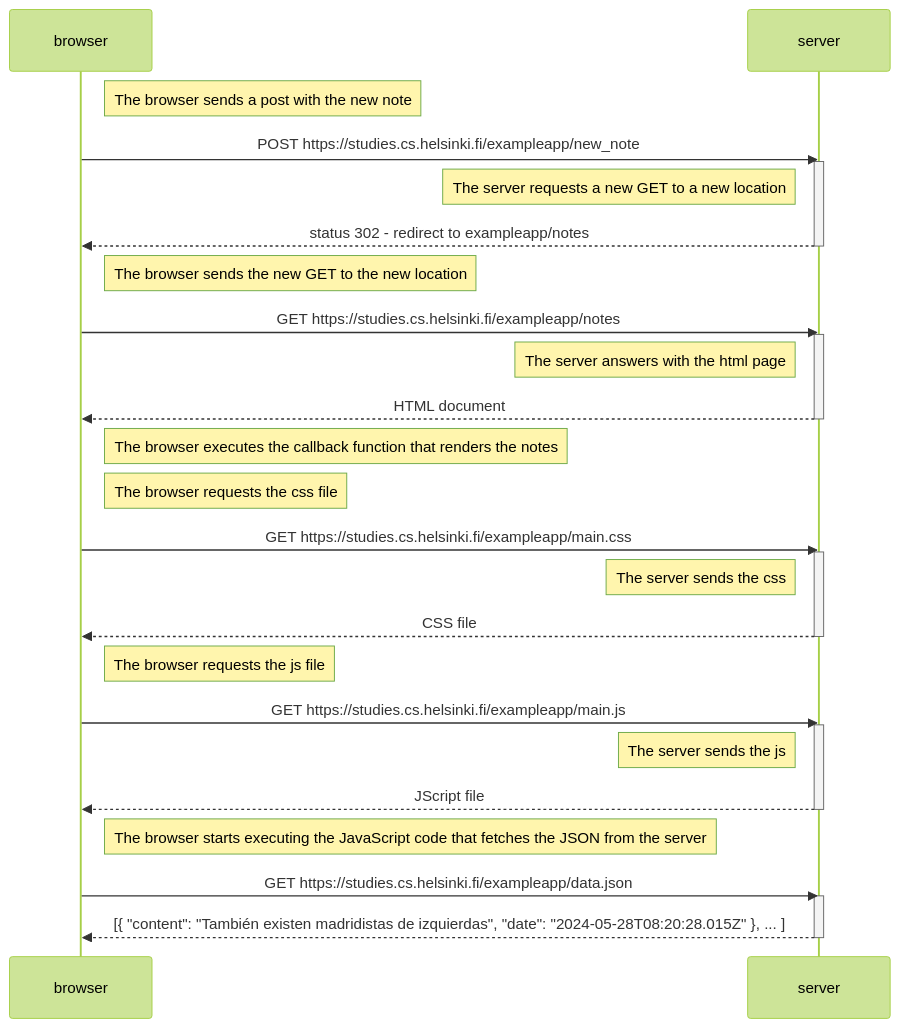
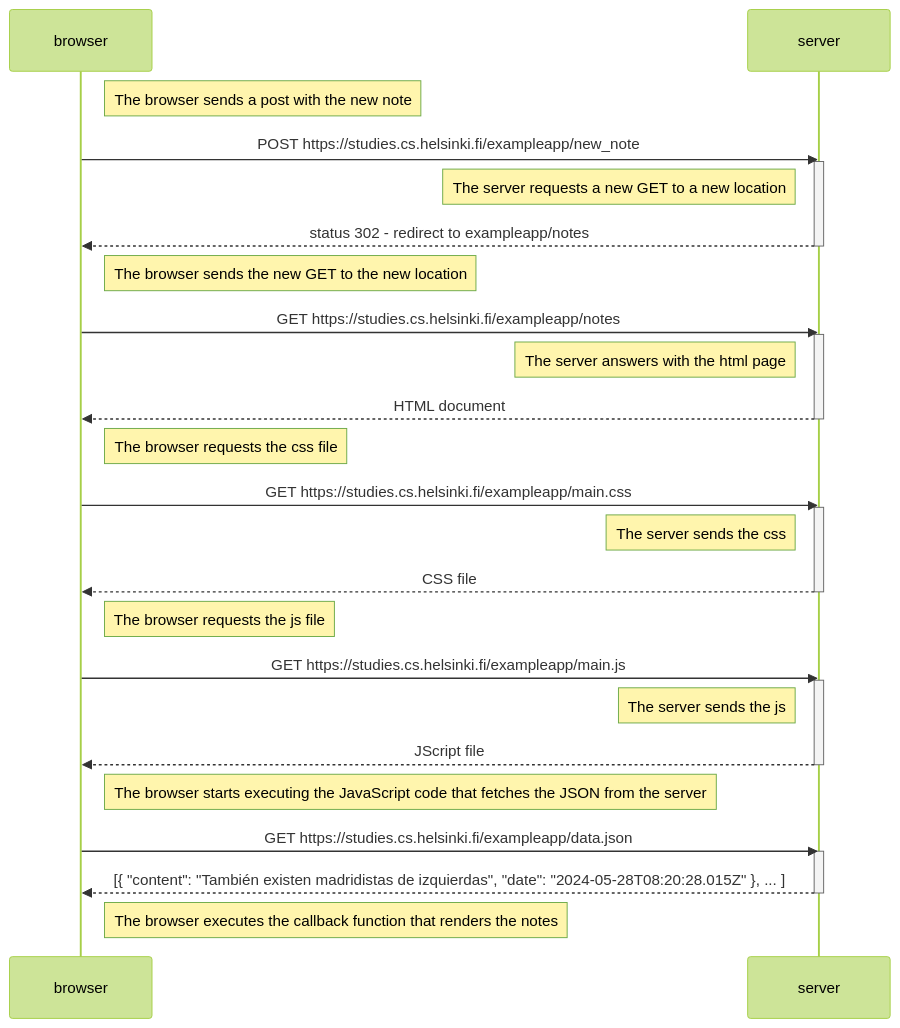
One commit to leandro68/hello-git changed the diagram in README.mmd. Above: the diagram before and after it, drawn with Mermaid (forest theme).

```diff
--- a/README.mmd
+++ b/README.mmd
@@ -1,52 +1,53 @@
 sequenceDiagram
     participant browser
     participant server
 
     Note right of browser: The browser sends a post with the new note
 
     browser->>server: POST https://studies.cs.helsinki.fi/exampleapp/new_note
     activate server
     
     Note left of server: The server requests a new GET to a new location
     
     server-->>browser: status 302 - redirect to exampleapp/notes
     deactivate server
 
     Note right of browser: The browser sends the new GET to the new location
 
     browser->>server: GET https://studies.cs.helsinki.fi/exampleapp/notes
     activate server
 
     Note left of server: The server answers with the html page 
 
     server-->>browser: HTML document
     deactivate server
-
-    Note right of browser: The browser executes the callback function that renders the notes
 
     Note right of browser: The browser requests the css file
 
     browser->>server: GET https://studies.cs.helsinki.fi/exampleapp/main.css
     activate server
     
     Note left of server: The server sends the css
     
     server-->>browser: CSS file
     deactivate server
 
     Note right of browser: The browser requests the js file
 
     browser->>server: GET https://studies.cs.helsinki.fi/exampleapp/main.js
     activate server
     
     Note left of server: The server sends the js
 
     server-->>browser: JScript file
     deactivate server
 
     Note right of browser: The browser starts executing the JavaScript code that fetches the JSON from the server
     
     browser->>server: GET https://studies.cs.helsinki.fi/exampleapp/data.json
     activate server
     server-->>browser: [{ "content": "También existen madridistas de izquierdas", "date": "2024-05-28T08:20:28.015Z" }, ... ]
     deactivate server
+
+
+    Note right of browser: The browser executes the callback function that renders the notes
```
